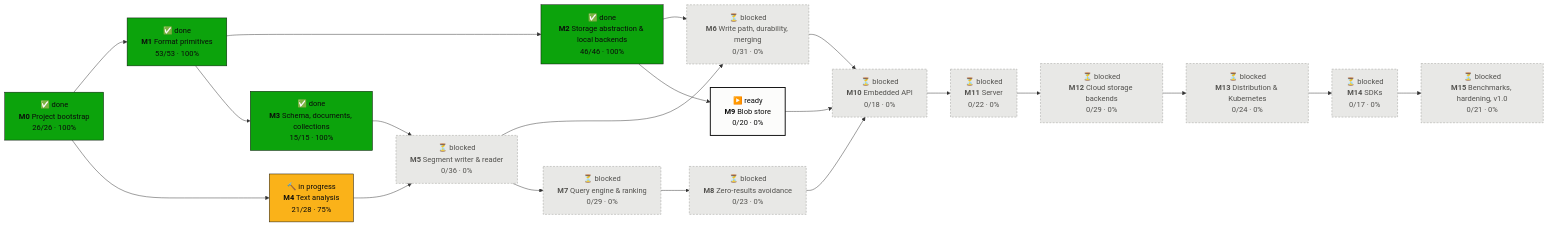
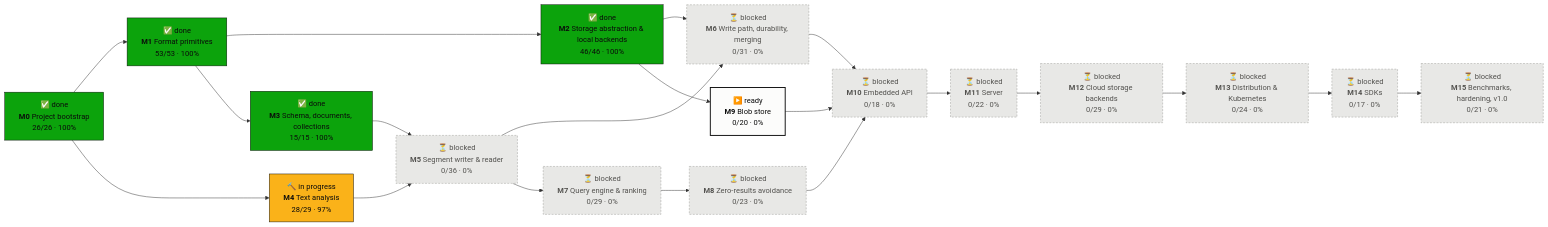
The first of 2 diagrams in PROGRESS.md (tomiok/persiaDB), drawn with Mermaid before and after one commit. The commit also changed other lines of this file and 62 other files, not shown here.

First line of the commit message:
Analyzers: char filters, Unicode fingerprints, TokenStream, fr/de/it, unsupported analyzer versions (ROADMAP 4.4.4–4.4.7, 4.4.9–4.4.11) (#21)

````diff
--- a/PROGRESS.md
+++ b/PROGRESS.md
@@ -14,42 +14,42 @@
 ```mermaid
 flowchart LR
   M0["✅ done<br/><b>M0</b> Project bootstrap<br/>26/26 · 100%"]:::done
   M1["✅ done<br/><b>M1</b> Format primitives<br/>53/53 · 100%"]:::done
   M2["✅ done<br/><b>M2</b> Storage abstraction & local backends<br/>46/46 · 100%"]:::done
   M3["✅ done<br/><b>M3</b> Schema, documents, collections<br/>15/15 · 100%"]:::done
-  M4["🔨 in progress<br/><b>M4</b> Text analysis<br/>21/28 · 75%"]:::doing
+  M4["🔨 in progress<br/><b>M4</b> Text analysis<br/>28/29 · 97%"]:::doing
   M5["⏳ blocked<br/><b>M5</b> Segment writer & reader<br/>0/36 · 0%"]:::blocked
   M6["⏳ blocked<br/><b>M6</b> Write path, durability, merging<br/>0/31 · 0%"]:::blocked
   M7["⏳ blocked<br/><b>M7</b> Query engine & ranking<br/>0/29 · 0%"]:::blocked
   M8["⏳ blocked<br/><b>M8</b> Zero-results avoidance<br/>0/23 · 0%"]:::blocked
   M9["▶️ ready<br/><b>M9</b> Blob store<br/>0/20 · 0%"]:::ready
   M10["⏳ blocked<br/><b>M10</b> Embedded API<br/>0/18 · 0%"]:::blocked
   M11["⏳ blocked<br/><b>M11</b> Server<br/>0/22 · 0%"]:::blocked
   M12["⏳ blocked<br/><b>M12</b> Cloud storage backends<br/>0/29 · 0%"]:::blocked
   M13["⏳ blocked<br/><b>M13</b> Distribution & Kubernetes<br/>0/24 · 0%"]:::blocked
   M14["⏳ blocked<br/><b>M14</b> SDKs<br/>0/17 · 0%"]:::blocked
   M15["⏳ blocked<br/><b>M15</b> Benchmarks, hardening, v1.0<br/>0/21 · 0%"]:::blocked
   M0 --> M1
   M1 --> M2
   M1 --> M3
   M0 --> M4
   M3 --> M5
   M4 --> M5
   M2 --> M6
   M5 --> M6
   M5 --> M7
   M7 --> M8
   M2 --> M9
   M6 --> M10
   M8 --> M10
   M9 --> M10
   M10 --> M11
   M11 --> M12
   M12 --> M13
   M13 --> M14
   M14 --> M15
   classDef done fill:#0ca30c,stroke:#0b0b0b,color:#0b0b0b
   classDef doing fill:#fab219,stroke:#0b0b0b,color:#0b0b0b
   classDef ready fill:#fcfcfb,stroke:#0b0b0b,stroke-width:2px,color:#0b0b0b
   classDef blocked fill:#e8e8e6,stroke:#9a9a96,stroke-dasharray:4 3,color:#52514e
 ```
````
